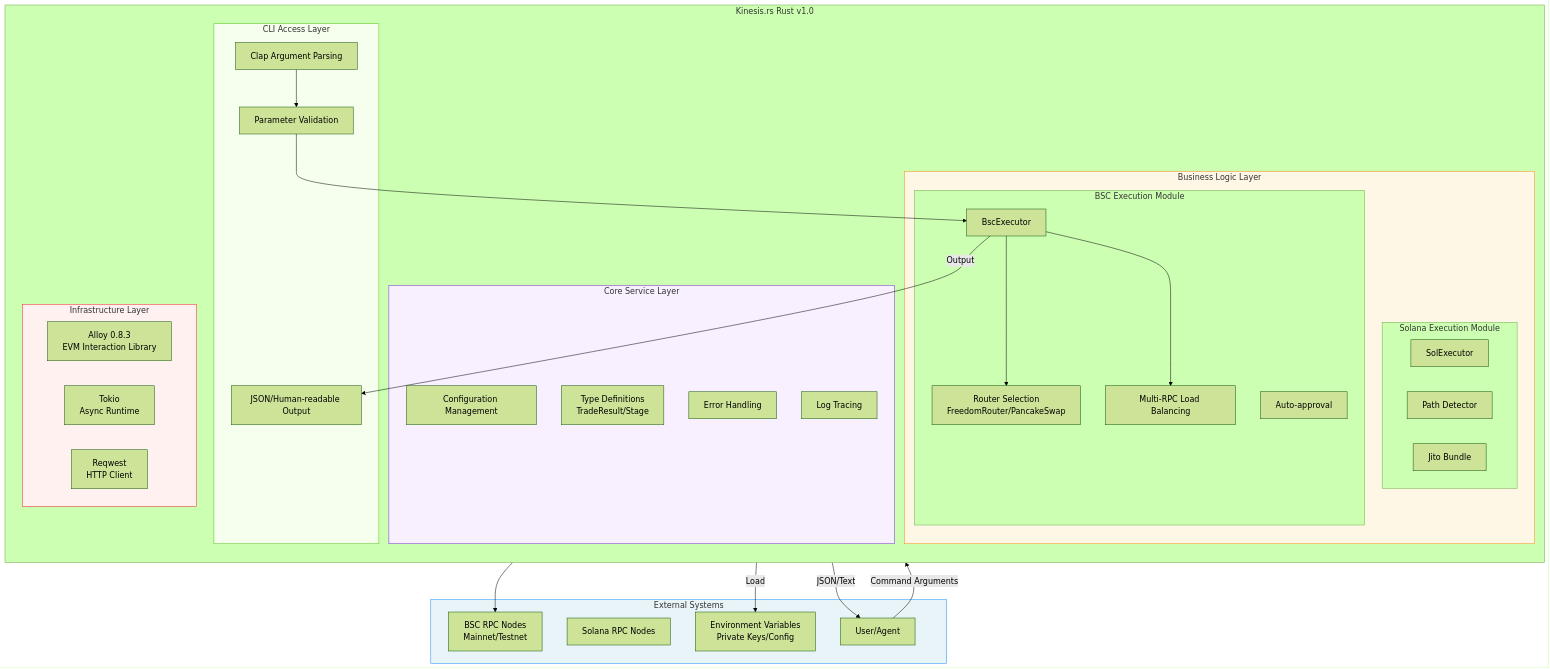
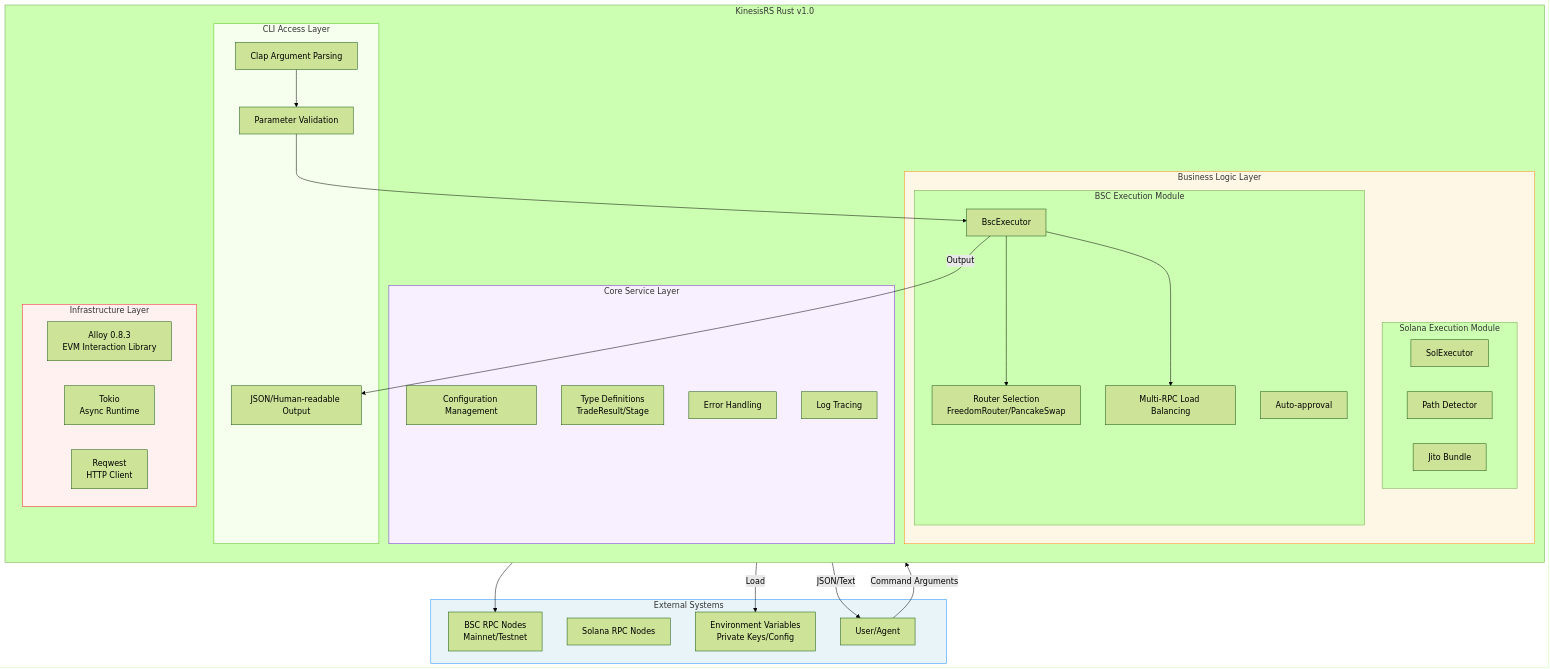
Before and after one commit to iweb3insight/Kinesis.rs: the first of 14 diagrams in docs/architecture.md, drawn with Mermaid (forest theme). The commit also changed other lines of this file and 7 other files, not shown here.

````diff
--- a/docs/architecture.md
+++ b/docs/architecture.md
@@ -11,69 +11,69 @@
 ```mermaid
 flowchart TB
     subgraph External["External Systems"]
         RPC_BSC[BSC RPC Nodes<br/>Mainnet/Testnet]
         RPC_SOL[Solana RPC Nodes]
         ENV[Environment Variables<br/>Private Keys/Config]
         USER[User/Agent]
     end
 
-    subgraph Kinesis["Kinesis.rs Rust v1.0"]
+    subgraph Kinesis["KinesisRS Rust v1.0"]
         direction TB
         
         subgraph CLI["CLI Access Layer"]
             Parser[Clap Argument Parsing]
             Validator[Parameter Validation]
             Output[JSON/Human-readable Output]
         end
 
         subgraph Business["Business Logic Layer"]
             subgraph BSC["BSC Execution Module"]
                 BscExecutor[BscExecutor]
                 Router[Router Selection<br/>FreedomRouter/PancakeSwap]
                 Approve[Auto-approval]
                 MultiRPC[Multi-RPC Load Balancing]
             end
             
             subgraph SOL["Solana Execution Module"]
                 SolExecutor[SolExecutor]
                 PathDetector[Path Detector]
                 JitoClient[Jito Bundle]
             end
         end
 
         subgraph Core["Core Service Layer"]
             Config[Configuration Management]
             Types[Type Definitions<br/>TradeResult/Stage]
             Error[Error Handling]
             Logger[Log Tracing]
         end
 
         subgraph Infra["Infrastructure Layer"]
             Alloy[Alloy 0.8.3<br/>EVM Interaction Library]
             Tokio[Tokio<br/>Async Runtime]
             Reqwest[Reqwest<br/>HTTP Client]
         end
     end
 
     USER -->|Command Arguments| Parser
     Parser --> Validator
     Validator --> BscExecutor
     BscExecutor --> Router
     BscExecutor --> MultiRPC
     MultiRPC --> RPC_BSC
     Config -->|Load| ENV
     BscExecutor -->|Output| Output
     Output -->|JSON/Text| USER
     
     classDef external fill:#e8f4f8,stroke:#1890ff
     classDef cli fill:#f6ffed,stroke:#52c41a
     classDef business fill:#fff7e6,stroke:#fa8c16
     classDef core fill:#f9f0ff,stroke:#722ed1
     classDef infra fill:#fff1f0,stroke:#f5222d
     
     class External external
     class CLI cli
     class Business business
     class Core core
     class Infra infra
 ```
````
